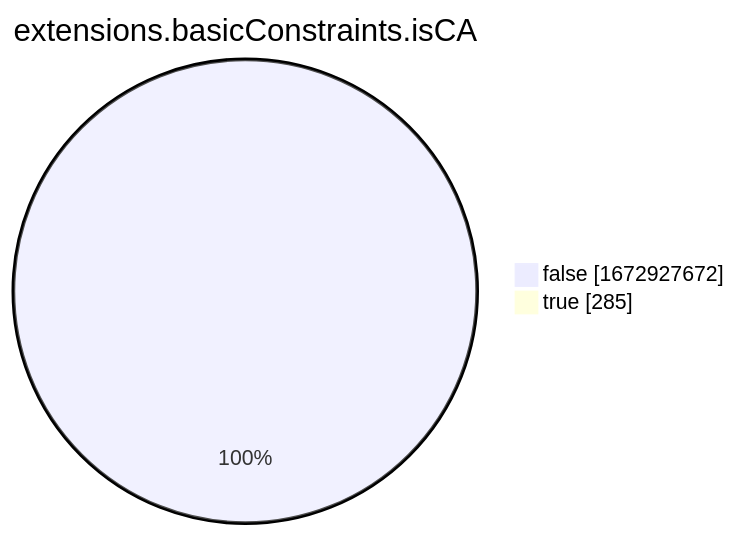
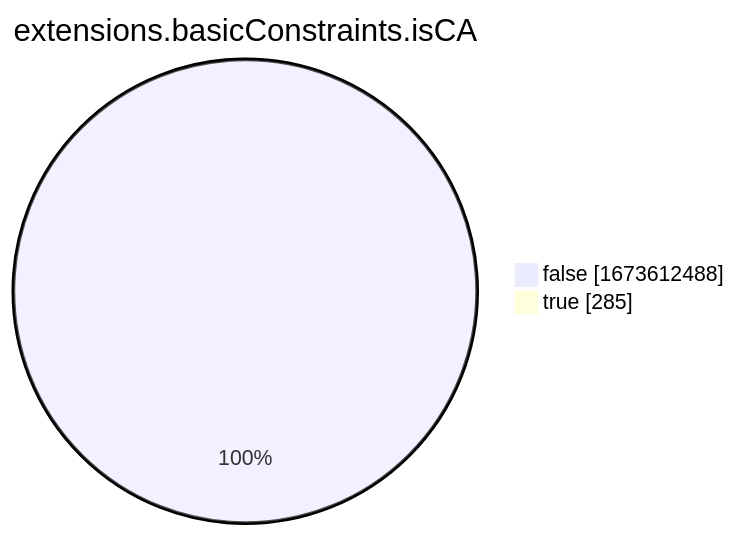
One commit to christiankrug/ctmonitor_visualization changed the eighth of 15 diagrams in xenon2022/README.md. Above: the diagram before and after it, drawn with Mermaid. The commit also changed other lines of this file, not shown here.

````diff
--- a/xenon2022/README.md
+++ b/xenon2022/README.md
@@ -2865,6 +2865,6 @@
 ```mermaid
 pie showData
 title extensions.basicConstraints.isCA
-"false" :1672927672
+"false" :1673612488
 "true" :285
 ```
````
